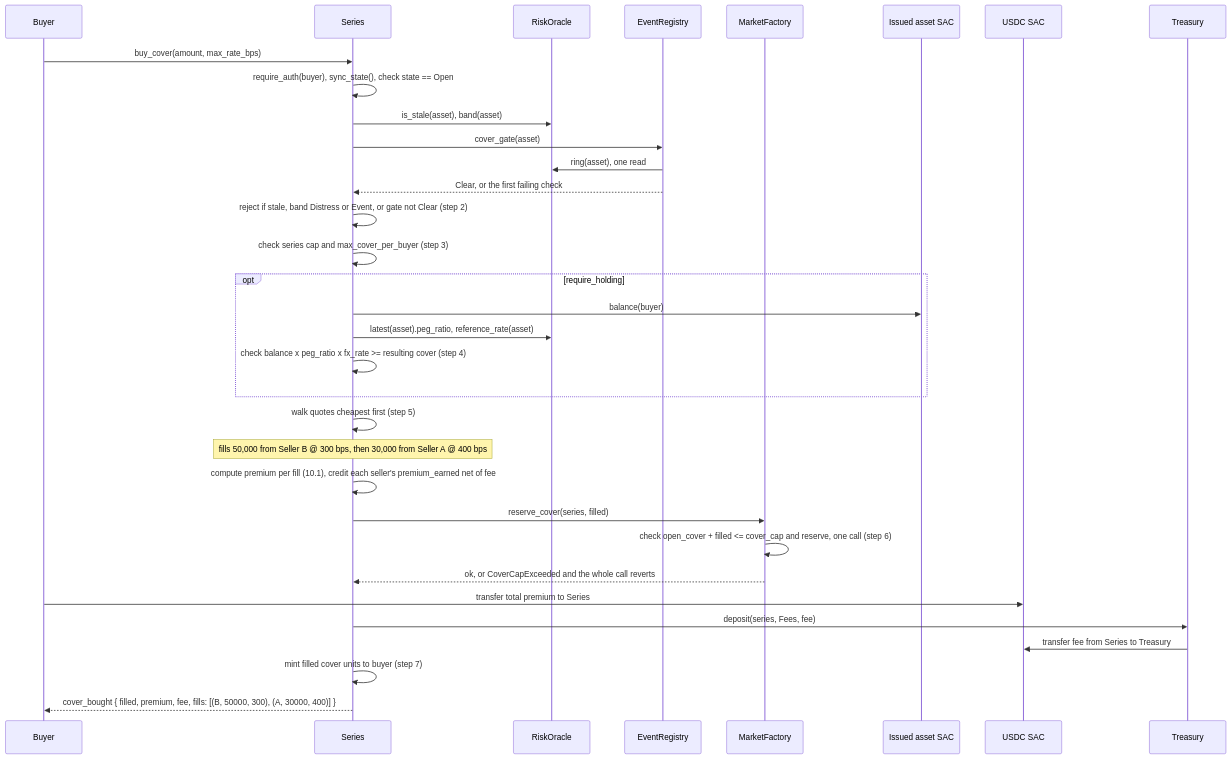
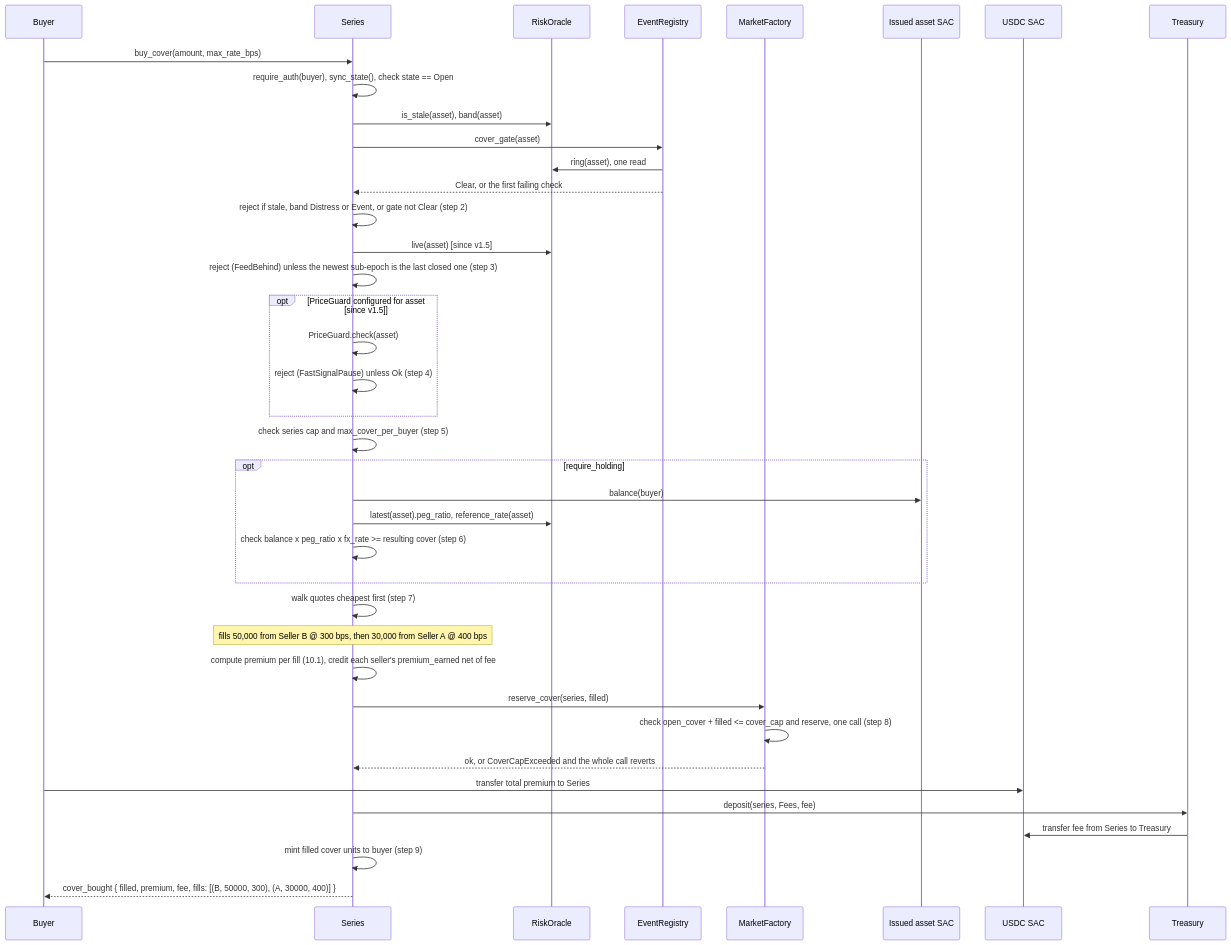
Before and after one commit to Sylox-labs/sylox: diagram 11 of 14 in technical-doc.md, drawn with Mermaid. The commit also changed other lines of this file and 1 other file, not shown here.

````diff
--- a/technical-doc.md
+++ b/technical-doc.md
@@ -1387,41 +1401,48 @@
 ```mermaid
 sequenceDiagram
   participant Buyer
   participant Series
   participant Oracle as RiskOracle
   participant Registry as EventRegistry
   participant Factory as MarketFactory
   participant AssetSAC as Issued asset SAC
   participant USDC as USDC SAC
   participant Treasury
 
   Buyer->>Series: buy_cover(amount, max_rate_bps)
   Series->>Series: require_auth(buyer), sync_state(), check state == Open
   Series->>Oracle: is_stale(asset), band(asset)
   Series->>Registry: cover_gate(asset)
   Registry->>Oracle: ring(asset), one read
   Registry-->>Series: Clear, or the first failing check
   Series->>Series: reject if stale, band Distress or Event, or gate not Clear (step 2)
 
-  Series->>Series: check series cap and max_cover_per_buyer (step 3)
+  Series->>Oracle: live(asset) [since v1.5]
+  Series->>Series: reject (FeedBehind) unless the newest sub-epoch is the last closed one (step 3)
+  opt PriceGuard configured for asset [since v1.5]
+    Series->>Series: PriceGuard.check(asset)
+    Series->>Series: reject (FastSignalPause) unless Ok (step 4)
+  end
+
+  Series->>Series: check series cap and max_cover_per_buyer (step 5)
 
   opt require_holding
     Series->>AssetSAC: balance(buyer)
     Series->>Oracle: latest(asset).peg_ratio, reference_rate(asset)
-    Series->>Series: check balance x peg_ratio x fx_rate >= resulting cover (step 4)
+    Series->>Series: check balance x peg_ratio x fx_rate >= resulting cover (step 6)
   end
 
-  Series->>Series: walk quotes cheapest first (step 5)
+  Series->>Series: walk quotes cheapest first (step 7)
   Note over Series: fills 50,000 from Seller B @ 300 bps, then 30,000 from Seller A @ 400 bps
   Series->>Series: compute premium per fill (10.1), credit each seller's premium_earned net of fee
 
   Series->>Factory: reserve_cover(series, filled)
-  Factory->>Factory: check open_cover + filled <= cover_cap and reserve, one call (step 6)
+  Factory->>Factory: check open_cover + filled <= cover_cap and reserve, one call (step 8)
   Factory-->>Series: ok, or CoverCapExceeded and the whole call reverts
 
   Buyer->>USDC: transfer total premium to Series
   Series->>Treasury: deposit(series, Fees, fee)
   Treasury->>USDC: transfer fee from Series to Treasury
-  Series->>Series: mint filled cover units to buyer (step 7)
+  Series->>Series: mint filled cover units to buyer (step 9)
   Series-->>Buyer: cover_bought { filled, premium, fee, fills: [(B, 50000, 300), (A, 30000, 400)] }
 ```
````
